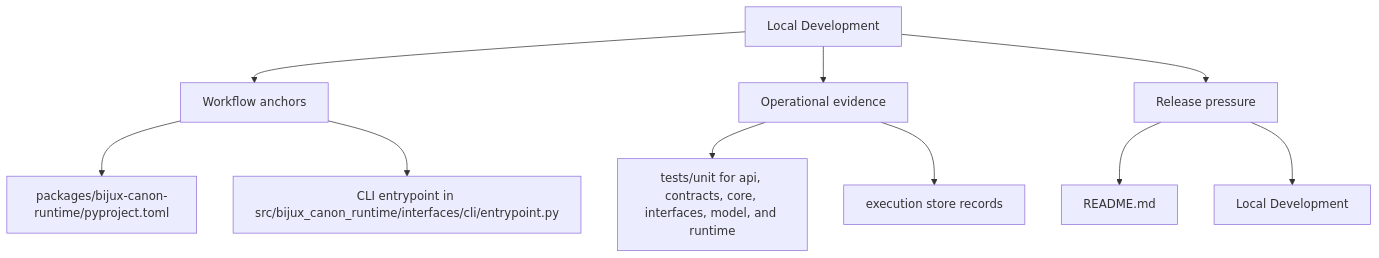
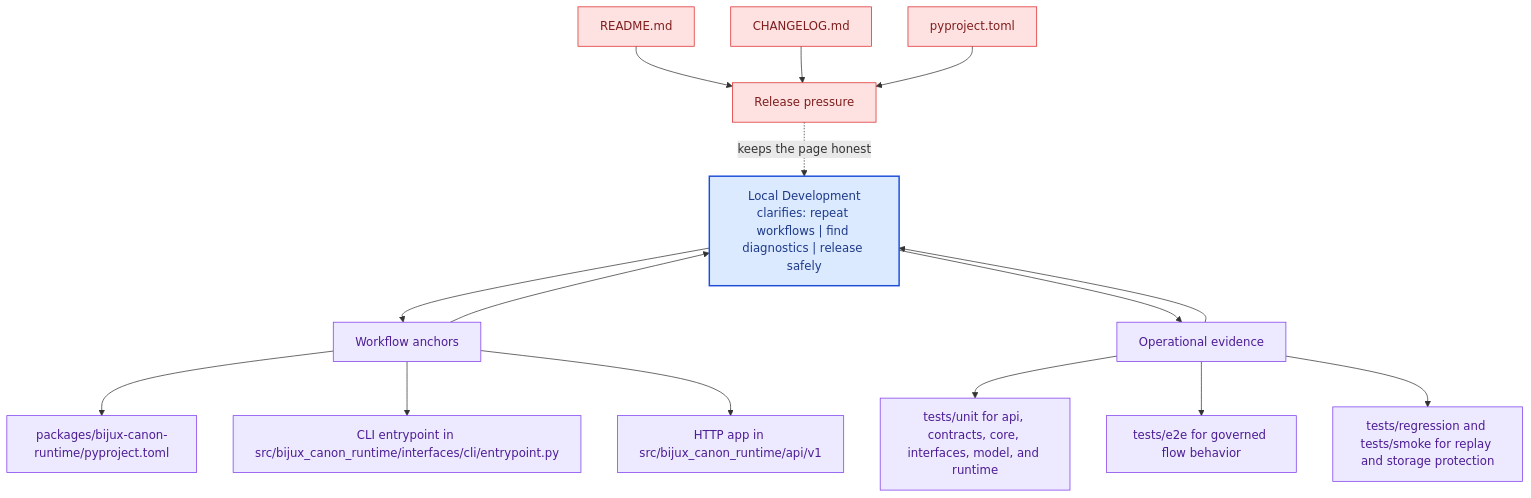
One commit to bijux/bijux-canon changed the second of 2 diagrams in docs/bijux-canon-runtime/operations/local-development.md. Above: the diagram before and after it, drawn with Mermaid. The commit also changed other lines of this file and 281 other files, not shown here.

Commit message:
docs(diagrams): deepen handbook mermaid maps across the catalog

````diff
--- a/docs/bijux-canon-runtime/operations/local-development.md
+++ b/docs/bijux-canon-runtime/operations/local-development.md
@@ -35,22 +68,41 @@
 ```mermaid
-flowchart TD
-    page["Local Development"]
+flowchart TB
+    promise["Local Development<br/>clarifies: repeat workflows | find diagnostics | release safely"]
+    classDef promise fill:#dbeafe,stroke:#1d4ed8,color:#1e3a8a,stroke-width:2px;
+    classDef driver fill:#dcfce7,stroke:#16a34a,color:#14532d;
+    classDef constraint fill:#fee2e2,stroke:#dc2626,color:#7f1d1d;
+    classDef ground fill:#ede9fe,stroke:#7c3aed,color:#4c1d95;
     focus1["Workflow anchors"]
-    page --> focus1
+    focus1 --> promise
+    promise --> focus1
     focus1_1["packages/bijux-canon-runtime/pyproject.toml"]
     focus1 --> focus1_1
     focus1_2["CLI entrypoint in src/bijux_canon_runtime/interfaces/cli/entrypoint.py"]
     focus1 --> focus1_2
+    focus1_3["HTTP app in src/bijux_canon_runtime/api/v1"]
+    focus1 --> focus1_3
+    class focus1 ground;
+    class focus1_1,focus1_2,focus1_3 ground;
     focus2["Operational evidence"]
-    page --> focus2
+    focus2 --> promise
+    promise --> focus2
     focus2_1["tests/unit for api, contracts, core, interfaces, model, and runtime"]
     focus2 --> focus2_1
-    focus2_2["execution store records"]
+    focus2_2["tests/e2e for governed flow behavior"]
     focus2 --> focus2_2
+    focus2_3["tests/regression and tests/smoke for replay and storage protection"]
+    focus2 --> focus2_3
+    class focus2 ground;
+    class focus2_1,focus2_2,focus2_3 ground;
     focus3["Release pressure"]
-    page --> focus3
+    focus3 -.keeps the page honest.-> promise
     focus3_1["README.md"]
-    focus3 --> focus3_1
-    focus3_2["Local Development"]
-    focus3 --> focus3_2
+    focus3_1 --> focus3
+    focus3_2["CHANGELOG.md"]
+    focus3_2 --> focus3
+    focus3_3["pyproject.toml"]
+    focus3_3 --> focus3
+    class focus3 constraint;
+    class focus3_1,focus3_2,focus3_3 constraint;
+    class promise promise;
 ```
````
